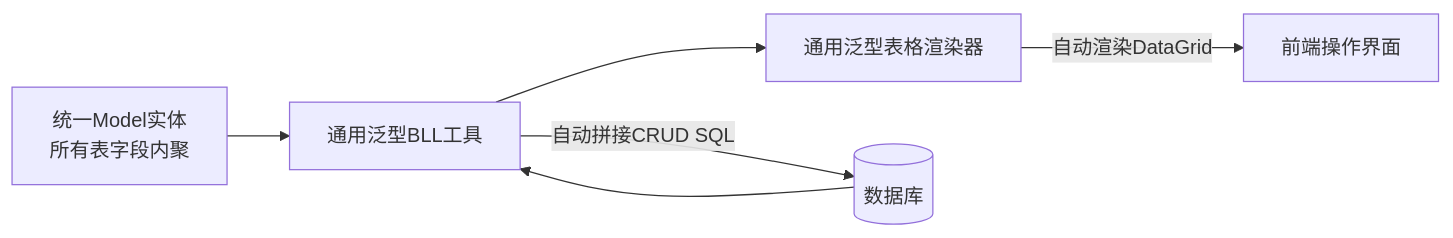
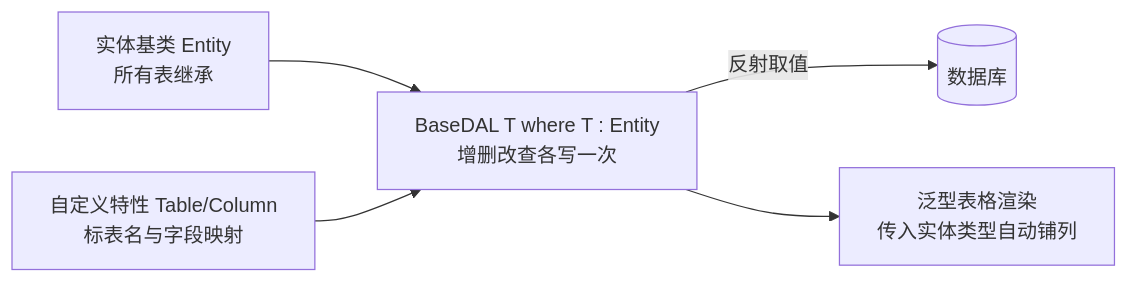
The third of 4 diagrams in data/projects/baosteel/01-data-collector/project-doc.md (a869320750/MyHtmlResume), drawn with Mermaid before and after one commit. The commit also changed other lines of this file and 10 other files, not shown here.

````diff
--- a/data/projects/baosteel/01-data-collector/project-doc.md
+++ b/data/projects/baosteel/01-data-collector/project-doc.md
@@ -41,13 +70,7 @@
 ```mermaid
 flowchart LR
-    Model[统一Model实体<br/>所有表字段内聚]
-    BLL[通用泛型BLL工具]
-    View[通用泛型表格渲染器]
-    DB[(数据库)]
-
-    Model --> BLL
-    BLL -->|自动拼接CRUD SQL| DB
-    DB --> BLL
-    BLL --> View
-    View -->|自动渲染DataGrid| UI[前端操作界面]
+    E[实体基类 Entity<br/>所有表继承] --> DAL[BaseDAL T where T : Entity<br/>增删改查各写一次]
+    ATTR[自定义特性 Table/Column<br/>标表名与字段映射] --> DAL
+    DAL -->|反射取值| DB[(数据库)]
+    DAL --> VIEW[泛型表格渲染<br/>传入实体类型自动铺列]
 ```
````
